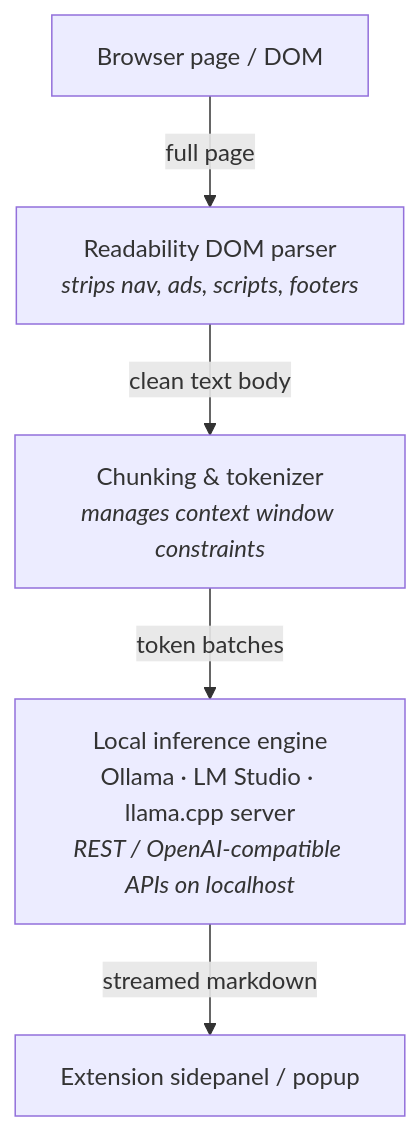
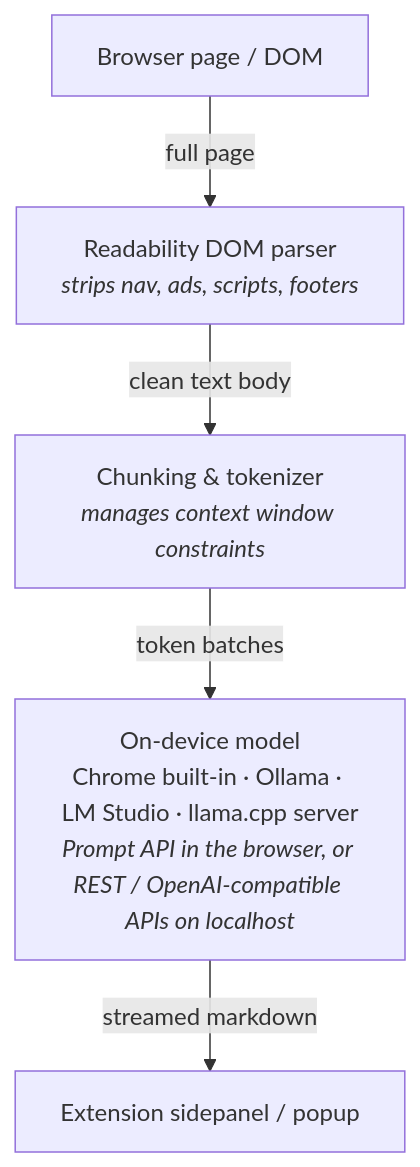
The diagram in README.md (dkobia/offline-tldr), drawn with Mermaid before and after one commit. The commit also changed other lines of this file and 34 other files, not shown here.

Commit message:
Support Chrome Built In Models

````diff
--- a/README.md
+++ b/README.md
@@ -33,13 +34,13 @@
 ```mermaid
 flowchart TD
     page[Browser page / DOM]
     extract["Readability DOM parser<br/><i>strips nav, ads, scripts, footers</i>"]
     chunk["Chunking & tokenizer<br/><i>manages context window constraints</i>"]
-    engine["Local inference engine<br/>Ollama · LM Studio · llama.cpp server<br/><i>REST / OpenAI-compatible APIs on localhost</i>"]
+    engine["On-device model<br/>Chrome built-in · Ollama · LM Studio · llama.cpp server<br/><i>Prompt API in the browser, or REST / OpenAI-compatible APIs on localhost</i>"]
     panel[Extension sidepanel / popup]
 
     page -->|full page| extract
     extract -->|clean text body| chunk
     chunk -->|token batches| engine
     engine -->|streamed markdown| panel
 ```
````
